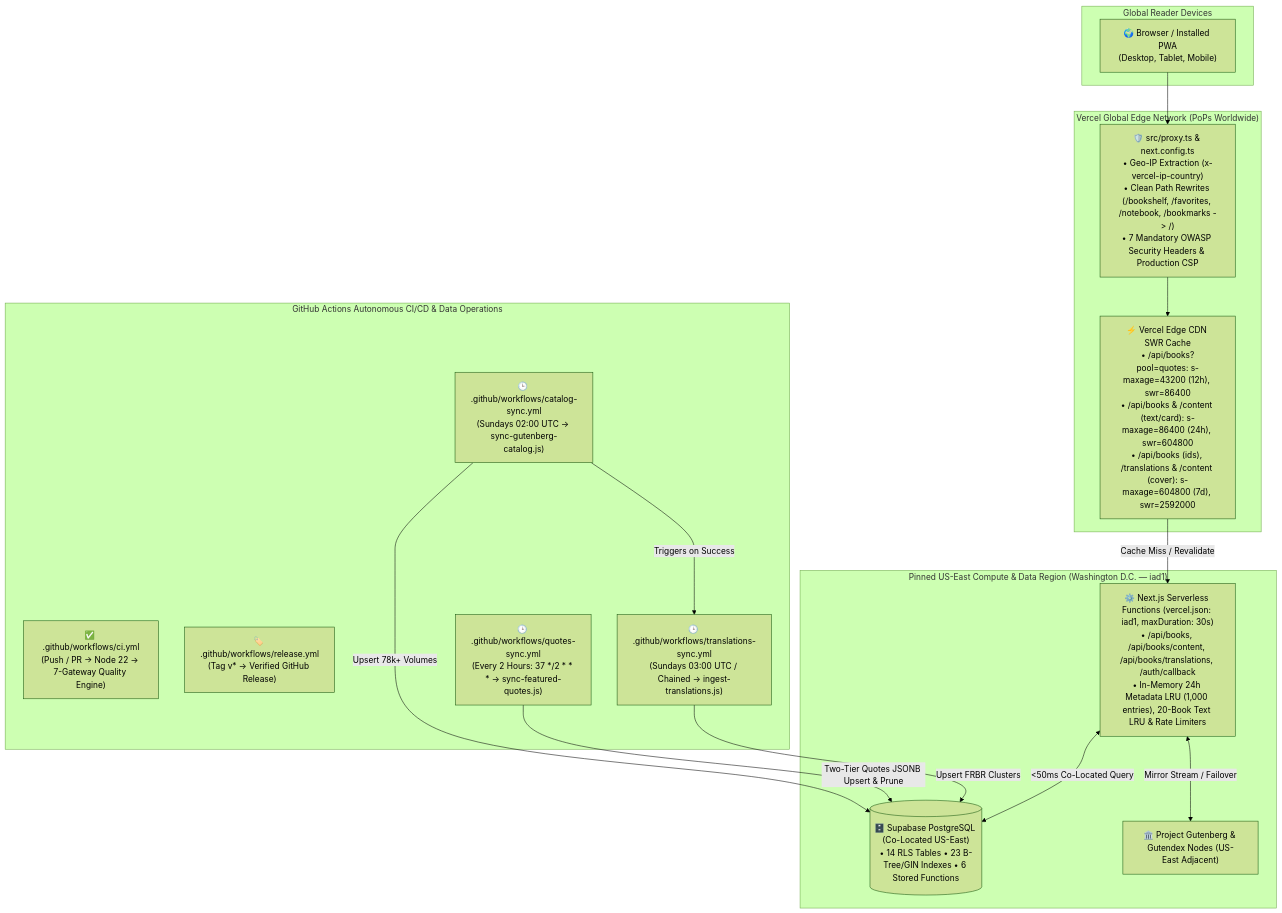
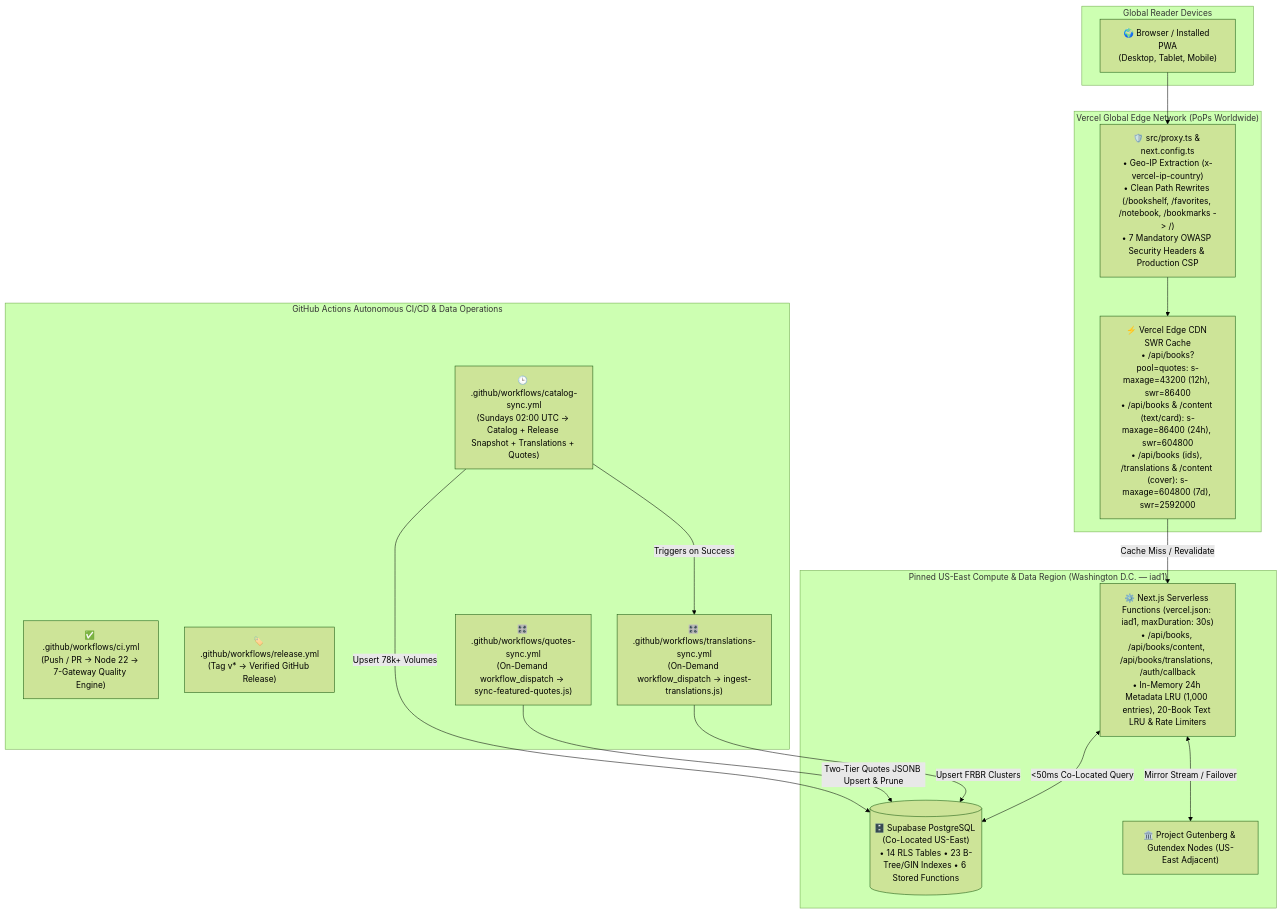
Before and after one commit to calin-m/Bookarium: diagram 12 of 13 in docs/ARCHITECTURE.md, drawn with Mermaid (forest theme). The commit also changed other lines of this file and 26 other files, not shown here.

````diff
--- a/docs/ARCHITECTURE.md
+++ b/docs/ARCHITECTURE.md
@@ -1614,35 +1618,35 @@
 ```mermaid
 flowchart TD
     subgraph GlobalClients ["Global Reader Devices"]
         Client["🌍 Browser / Installed PWA\n(Desktop, Tablet, Mobile)"]
     end
 
     subgraph VercelEdgeNetwork ["Vercel Global Edge Network (PoPs Worldwide)"]
         EdgeProxy["🛡️ src/proxy.ts & next.config.ts\n• Geo-IP Extraction (x-vercel-ip-country)\n• Clean Path Rewrites (/bookshelf, /favorites, /notebook, /bookmarks -> /)\n• 7 Mandatory OWASP Security Headers & Production CSP"]
         EdgeCDN["⚡ Vercel Edge CDN SWR Cache\n• /api/books?pool=quotes: s-maxage=43200 (12h), swr=86400\n• /api/books & /content (text/card): s-maxage=86400 (24h), swr=604800\n• /api/books (ids), /translations & /content (cover): s-maxage=604800 (7d), swr=2592000"]
     end
 
     subgraph USCompute ["Pinned US-East Compute & Data Region (Washington D.C. — iad1)"]
         Serverless["⚙️ Next.js Serverless Functions (vercel.json: iad1, maxDuration: 30s)\n• /api/books, /api/books/content, /api/books/translations, /auth/callback\n• In-Memory 24h Metadata LRU (1,000 entries), 20-Book Text LRU & Rate Limiters"]
         SupabaseUS[("🗄️ Supabase PostgreSQL (Co-Located US-East)\n• 14 RLS Tables • 23 B-Tree/GIN Indexes • 6 Stored Functions")]
         GutenbergUS["🏛️ Project Gutenberg & Gutendex Nodes (US-East Adjacent)"]
     end
 
     subgraph GitHubOps ["GitHub Actions Autonomous CI/CD & Data Operations"]
         CIWorkflow["✅ .github/workflows/ci.yml\n(Push / PR -> Node 22 -> 7-Gateway Quality Engine)"]
         ReleaseWorkflow["🏷️ .github/workflows/release.yml\n(Tag v* -> Verified GitHub Release)"]
-        CatalogCron["🕒 .github/workflows/catalog-sync.yml\n(Sundays 02:00 UTC -> sync-gutenberg-catalog.js)"]
-        TransCron["🕒 .github/workflows/translations-sync.yml\n(Sundays 03:00 UTC / Chained -> ingest-translations.js)"]
-        QuotesCron["🕒 .github/workflows/quotes-sync.yml\n(Every 2 Hours: 37 */2 * * * -> sync-featured-quotes.js)"]
+        CatalogCron["🕒 .github/workflows/catalog-sync.yml\n(Sundays 02:00 UTC -> Catalog + Release Snapshot + Translations + Quotes)"]
+        TransCron["🎛️ .github/workflows/translations-sync.yml\n(On-Demand workflow_dispatch -> ingest-translations.js)"]
+        QuotesCron["🎛️ .github/workflows/quotes-sync.yml\n(On-Demand workflow_dispatch -> sync-featured-quotes.js)"]
     end
 
     Client --> EdgeProxy
     EdgeProxy --> EdgeCDN
     EdgeCDN -->|"Cache Miss / Revalidate"| Serverless
     Serverless <-->|"<50ms Co-Located Query"| SupabaseUS
     Serverless <-->|"Mirror Stream / Failover"| GutenbergUS
     CatalogCron -->|"Upsert 78k+ Volumes"| SupabaseUS
     CatalogCron -->|"Triggers on Success"| TransCron
     TransCron -->|"Upsert FRBR Clusters"| SupabaseUS
     QuotesCron -->|"Two-Tier Quotes JSONB Upsert & Prune"| SupabaseUS
 ```
````
